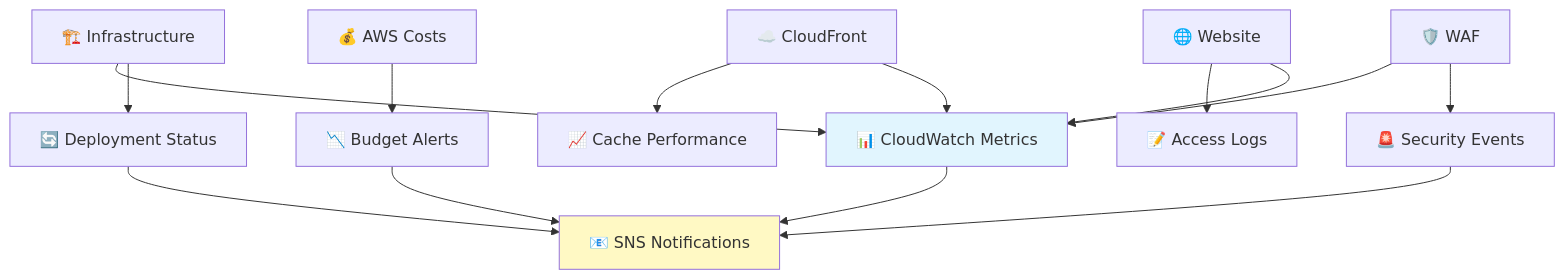
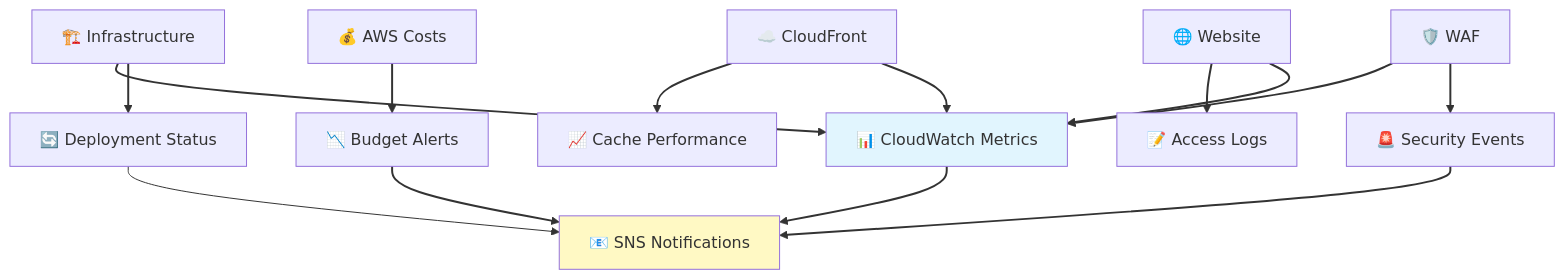
The diagram in docs/monitoring.md (Celtikill/static-site), drawn with Mermaid before and after one commit. The commit also changed 17 other files, not shown here.

````diff
--- a/docs/monitoring.md
+++ b/docs/monitoring.md
@@ -17,24 +17,41 @@
 ```mermaid
+%%{init: {'theme':'default', 'themeVariables': {'fontSize':'16px'}}}%%
 graph TD
+    accTitle: Comprehensive Monitoring and Observability Architecture
+    accDescr: Multi-layer observability architecture collecting metrics, logs, and events from all infrastructure components for comprehensive system visibility. The Website layer generates CloudWatch metrics for request counts, latency, and error rates while producing S3 access logs capturing detailed request information for analysis and compliance. CloudFront distribution contributes CloudWatch metrics for global edge performance while tracking cache hit ratios, origin latency, and geographic distribution through dedicated cache performance metrics. WAF protection generates security event logs capturing blocked requests, attack patterns, and threat intelligence while contributing security metrics to CloudWatch for automated response. Cost monitoring tracks AWS spending generating budget alerts when thresholds approach limits enabling proactive cost management and anomaly detection. Infrastructure deployment generates deployment status metrics tracking provisioning success, configuration drift, and resource health through CloudWatch. All metrics converge in CloudWatch serving as the central observability platform aggregating data from all sources. SNS notification topics receive alerts from multiple sources including CloudWatch metrics alarms, WAF security events, budget warnings, and deployment status changes, distributing notifications to appropriate teams and systems. This architecture implements comprehensive observability with centralized metrics collection, multi-source log aggregation, proactive alerting, and automated notification delivery ensuring rapid issue detection and response across all operational domains.
+
     A["🌐 Website"] --> B["📊 CloudWatch Metrics"]
     A --> C["📝 Access Logs"]
 
     D["☁️ CloudFront"] --> B
     D --> E["📈 Cache Performance"]
 
     F["🛡️ WAF"] --> G["🚨 Security Events"]
     F --> B
 
     H["💰 AWS Costs"] --> I["📉 Budget Alerts"]
 
     J["🏗️ Infrastructure"] --> K["🔄 Deployment Status"]
     J --> B
 
     B --> L["📧 SNS Notifications"]
     G --> L
     I --> L
     K --> L
 
     style B fill:#e1f5fe
     style L fill:#fff9c4
+
+    linkStyle 0 stroke:#333333,stroke-width:2px
+    linkStyle 1 stroke:#333333,stroke-width:2px
+    linkStyle 2 stroke:#333333,stroke-width:2px
+    linkStyle 3 stroke:#333333,stroke-width:2px
+    linkStyle 4 stroke:#333333,stroke-width:2px
+    linkStyle 5 stroke:#333333,stroke-width:2px
+    linkStyle 6 stroke:#333333,stroke-width:2px
+    linkStyle 7 stroke:#333333,stroke-width:2px
+    linkStyle 8 stroke:#333333,stroke-width:2px
+    linkStyle 9 stroke:#333333,stroke-width:2px
+    linkStyle 10 stroke:#333333,stroke-width:2px
+    linkStyle 11 stroke:#333333,stroke-width:2px
 ```
````
